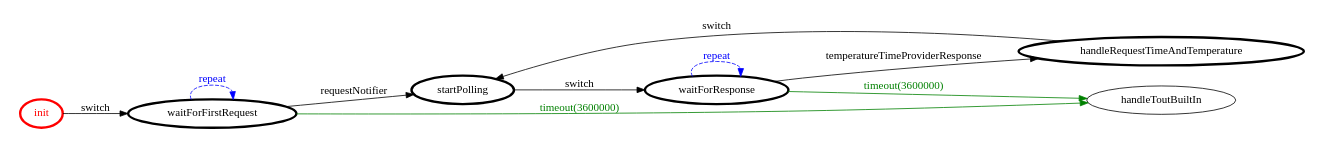
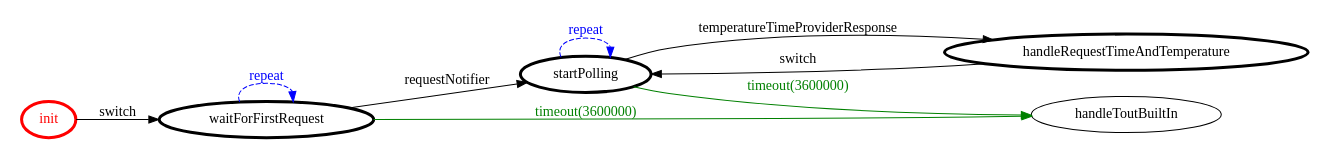
Before and after one commit to FraGio/iss2018: the diagram in it.unibo.problemAnalysis/srcMore/it/unibo/notifier/notifier.gv, drawn with Graphviz. The commit also changed 43 other files, not shown here.

```diff
--- a/it.unibo.problemAnalysis/srcMore/it/unibo/notifier/notifier.gv
+++ b/it.unibo.problemAnalysis/srcMore/it/unibo/notifier/notifier.gv
@@ -1,27 +1,25 @@
 /*
 *
 * A GraphViz DOT FSM description 
 * Please use a GraphViz visualizer (like http://www.webgraphviz.com)
 *  
 */
 
 digraph finite_state_machine {
 	rankdir=LR
 	size="8,5"
 	
 	init [ color = red ][ fontcolor = red ][ penwidth = 3 ]
 	waitForFirstRequest [ color = black ][ fontcolor = black ][ penwidth = 3 ]
 	handleRequestTimeAndTemperature [ color = black ][ fontcolor = black ][ penwidth = 3 ]
 	startPolling [ color = black ][ fontcolor = black ][ penwidth = 3 ]
-	waitForResponse [ color = black ][ fontcolor = black ][ penwidth = 3 ]
 	
-	waitForResponse -> handleToutBuiltIn [ label = "timeout(3600000)" ][ color = green ][ fontcolor = green ]
+	startPolling -> handleToutBuiltIn [ label = "timeout(3600000)" ][ color = green ][ fontcolor = green ]
+	startPolling -> handleRequestTimeAndTemperature [ label = "temperatureTimeProviderResponse" ][ color = black ][ fontcolor = black ]
 	init -> waitForFirstRequest [ label = "switch" ][ color = black ][ fontcolor = black ]
-	waitForResponse -> handleRequestTimeAndTemperature [ label = "temperatureTimeProviderResponse" ][ color = black ][ fontcolor = black ]
-	waitForResponse -> waitForResponse [ label = "repeat "][ style = dashed ][ color = blue ][ fontcolor = blue ]
+	startPolling -> startPolling [ label = "repeat "][ style = dashed ][ color = blue ][ fontcolor = blue ]
 	waitForFirstRequest -> startPolling [ label = "requestNotifier" ][ color = black ][ fontcolor = black ]
 	waitForFirstRequest -> waitForFirstRequest [ label = "repeat "][ style = dashed ][ color = blue ][ fontcolor = blue ]
-	startPolling -> waitForResponse [ label = "switch" ][ color = black ][ fontcolor = black ]
 	handleRequestTimeAndTemperature -> startPolling [ label = "switch" ][ color = black ][ fontcolor = black ]
 	waitForFirstRequest -> handleToutBuiltIn [ label = "timeout(3600000)" ][ color = green ][ fontcolor = green ]
 }
```
